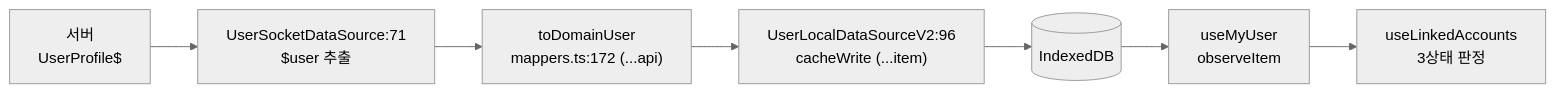
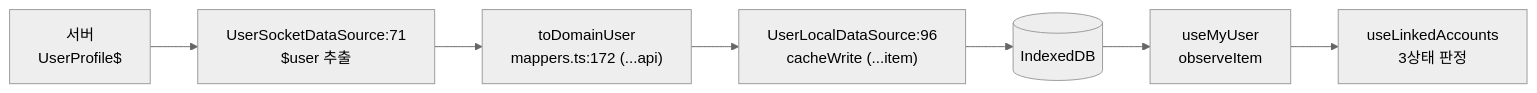
Before and after one commit to lemoncloud-io/dou-app: the third of 3 diagrams in apps/web/docs/feature/auth/account-linking.md, drawn with Mermaid (neutral theme). The commit also changed other lines of this file and 86 other files, not shown here.

First line of the commit message:
refactor(data): retire sid as a cache observer scope axis

````diff
--- a/apps/web/docs/feature/auth/account-linking.md
+++ b/apps/web/docs/feature/auth/account-linking.md
@@ -159,9 +159,9 @@
 ```mermaid
 graph LR
     SRV["서버<br/>UserProfile$"] --> RDS["UserSocketDataSource:71<br/>$user 추출"]
     RDS --> MAP["toDomainUser<br/>mappers.ts:172 (...api)"]
-    MAP --> LDS["UserLocalDataSourceV2:96<br/>cacheWrite (...item)"]
+    MAP --> LDS["UserLocalDataSource:96<br/>cacheWrite (...item)"]
     LDS --> IDB[(IndexedDB)]
     IDB --> MU["useMyUser<br/>observeItem"]
     MU --> LA["useLinkedAccounts<br/>3상태 판정"]
 ```
````
